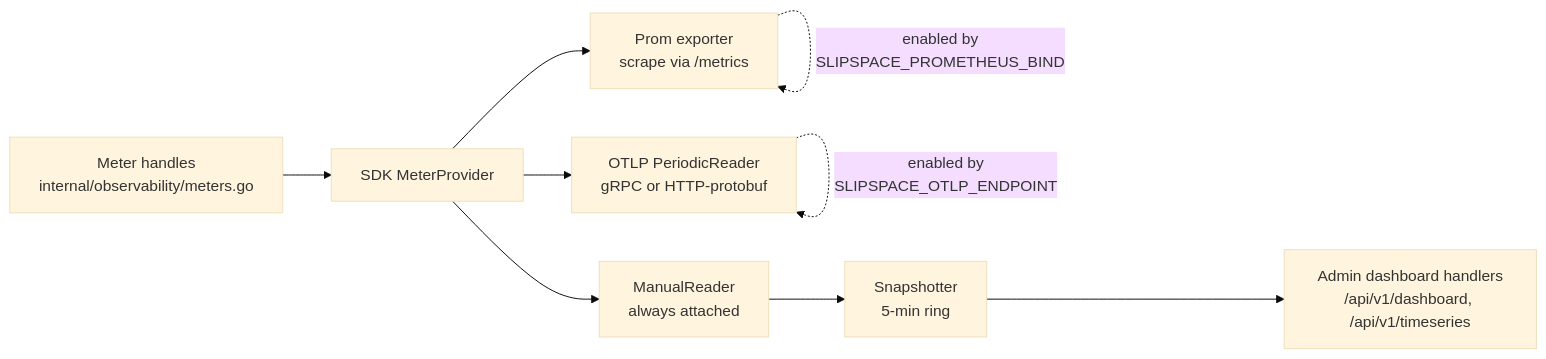
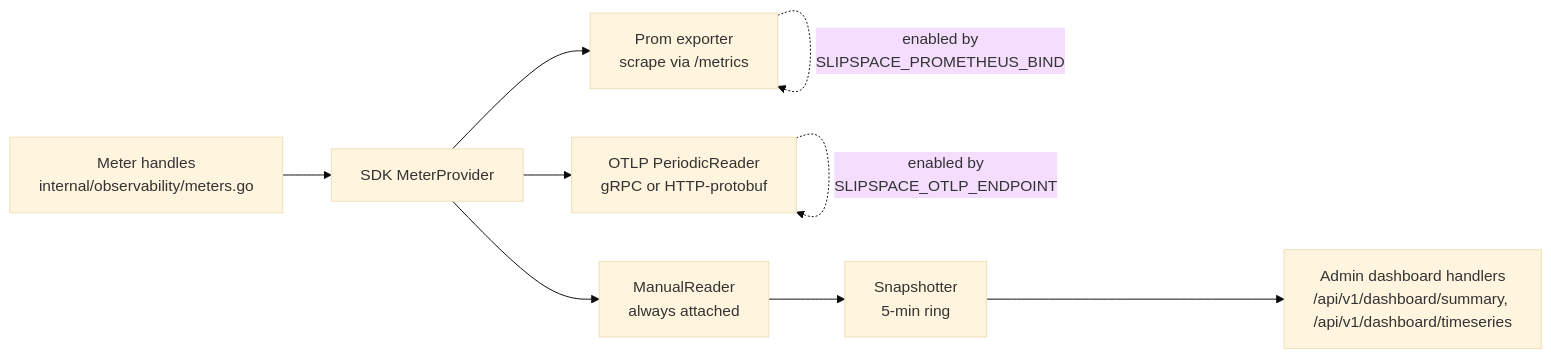
The first of 2 diagrams in docs/observability.md (andyjmorgan/slipspace-gateway), drawn with Mermaid (base theme) before and after one commit. The commit also changed other lines of this file and 1 other file, not shown here.

````diff
--- a/docs/observability.md
+++ b/docs/observability.md
@@ -58,11 +58,11 @@
 ```mermaid
 flowchart LR
     A[Meter handles<br/>internal/observability/meters.go] --> MP[SDK MeterProvider]
     MP --> R1[Prom exporter<br/>scrape via /metrics]
     MP --> R2[OTLP PeriodicReader<br/>gRPC or HTTP-protobuf]
     MP --> R3[ManualReader<br/>always attached]
     R1 -. enabled by<br/>SLIPSPACE_PROMETHEUS_BIND .-> R1
     R2 -. enabled by<br/>SLIPSPACE_OTLP_ENDPOINT .-> R2
     R3 --> Snap[Snapshotter<br/>5-min ring]
-    Snap --> Admin[Admin dashboard handlers<br/>/api/v1/dashboard, /api/v1/timeseries]
+    Snap --> Admin[Admin dashboard handlers<br/>/api/v1/dashboard/summary, /api/v1/dashboard/timeseries]
 ```
````
